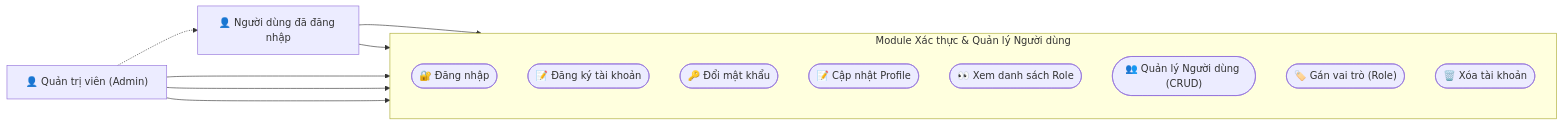
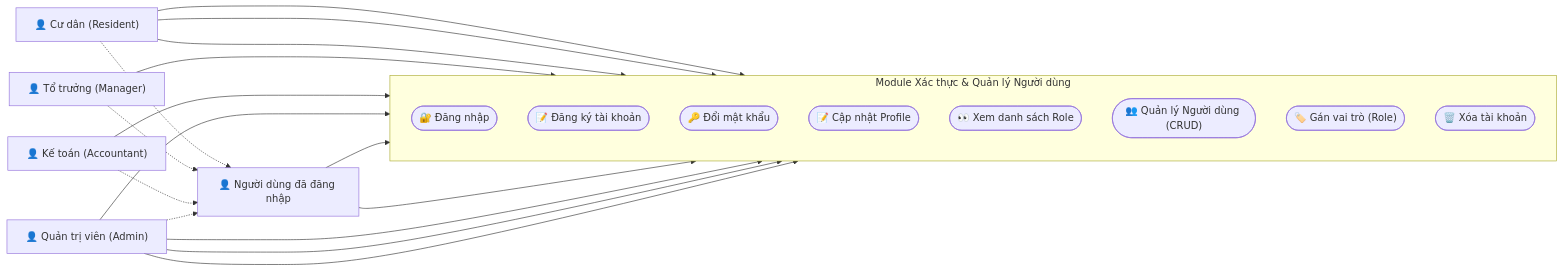
One commit to anhtranguyen-github/DarkSun changed the diagram in specs/usecase_auth.md. Above: the diagram before and after it, drawn with Mermaid.

Commit message:
docs: Fix Mermaid syntax errors and orphan nodes in specs

````diff
--- a/specs/usecase_auth.md
+++ b/specs/usecase_auth.md
@@ -3,31 +3,48 @@
 ```mermaid
 graph LR
     %% Actors
+    Resident["👤 Cư dân (Resident)"]
+    Manager["👤 Tổ trưởng (Manager)"]
+    Accountant["👤 Kế toán (Accountant)"]
+    Admin["👤 Quản trị viên (Admin)"]
+    
+    %% Abstract Actor
     AuthenticatedUser["👤 Người dùng đã đăng nhập"]
-    Admin["👤 Quản trị viên (Admin)"]
 
     %% System
     subgraph Module ["Module Xác thực & Quản lý Người dùng"]
         direction TB
         UC_Login(["🔐 Đăng nhập"])
         UC_Register(["📝 Đăng ký tài khoản"])
         UC_ChangePass(["🔑 Đổi mật khẩu"])
         UC_UpdateProfile(["📝 Cập nhật Profile"])
         UC_ViewRoles(["👀 Xem danh sách Role"])
         UC_CRUD_User(["👥 Quản lý Người dùng (CRUD)"])
         UC_AssignRole(["🏷️ Gán vai trò (Role)"])
         UC_DeleteUser(["🗑️ Xóa tài khoản"])
     end
 
-    %% Relationships
+    %% Relationships - Public
+    Resident --> UC_Login
+    Resident --> UC_Register
+    Resident --> UC_ViewRoles
+    
+    Manager --> UC_Login
+    Accountant --> UC_Login
+    Admin --> UC_Login
 
-    %% Inheritance
-    Admin -.-> AuthenticatedUser
-    
+    %% Relationships - Authenticated Shared
     AuthenticatedUser --> UC_ChangePass
     AuthenticatedUser --> UC_UpdateProfile
 
+    %% Inheritance (All roles are Authenticated Users)
+    Resident -.-> AuthenticatedUser
+    Manager -.-> AuthenticatedUser
+    Accountant -.-> AuthenticatedUser
+    Admin -.-> AuthenticatedUser
+
+    %% Relationships - Admin Specific
     Admin --> UC_CRUD_User
     Admin --> UC_AssignRole
     Admin --> UC_DeleteUser
 ```
````
